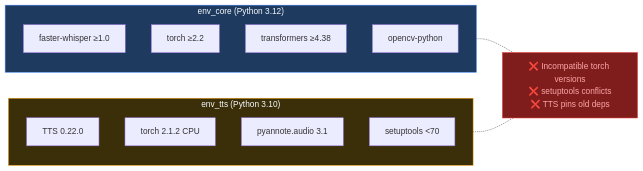
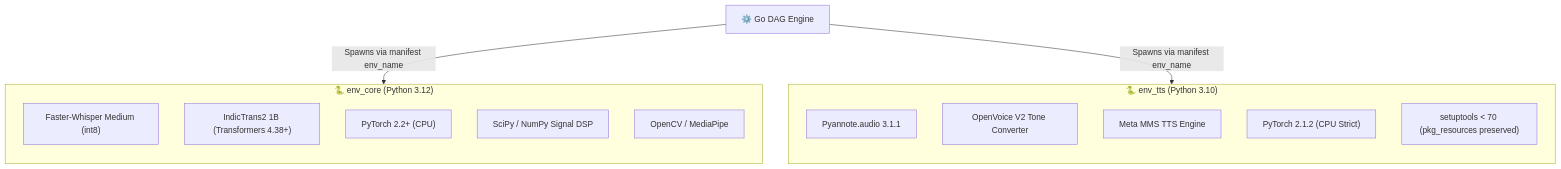
One commit to hydracsnova13/Echoflow changed the third of 3 diagrams in README.md. Above: the diagram before and after it, drawn with Mermaid. The commit also changed other lines of this file, not shown here.

````diff
--- a/README.md
+++ b/README.md
@@ -467,23 +373,23 @@
 ```mermaid
-graph LR
-    subgraph env_core["env_core (Python 3.12)"]
+graph TD
+    subgraph env_core["🐍 env_core (Python 3.12)"]
         direction TB
-        A["faster-whisper ≥1.0"]
-        B["torch ≥2.2"]
-        C["transformers ≥4.38"]
-        D["opencv-python"]
+        C1["Faster-Whisper Medium (int8)"]
+        C2["IndicTrans2 1B (Transformers 4.38+)"]
+        C3["PyTorch 2.2+ (CPU)"]
+        C4["SciPy / NumPy Signal DSP"]
+        C5["OpenCV / MediaPipe"]
     end
-    subgraph env_tts["env_tts (Python 3.10)"]
+
+    subgraph env_tts["🐍 env_tts (Python 3.10)"]
         direction TB
-        E["TTS 0.22.0"]
-        F["torch 2.1.2 CPU"]
-        G["pyannote.audio 3.1"]
-        H["setuptools <70"]
+        T1["Pyannote.audio 3.1.1"]
+        T2["OpenVoice V2 Tone Converter"]
+        T3["Meta MMS TTS Engine"]
+        T4["PyTorch 2.1.2 (CPU Strict)"]
+        T5["setuptools < 70 (pkg_resources preserved)"]
     end
-    env_core -.- CONFLICT["❌ Incompatible torch versions<br/>❌ setuptools conflicts<br/>❌ TTS pins old deps"]
-    env_tts -.- CONFLICT
 
-    style CONFLICT fill:#7f1d1d,stroke:#ef4444,color:#fca5a5
-    style env_core fill:#1e3a5f,stroke:#3b82f6,color:#f8fafc
-    style env_tts fill:#3b2f0a,stroke:#f59e0b,color:#f8fafc
+    DAG["⚙️ Go DAG Engine"] -->|Spawns via manifest env_name| env_core
+    DAG -->|Spawns via manifest env_name| env_tts
 ```
````
